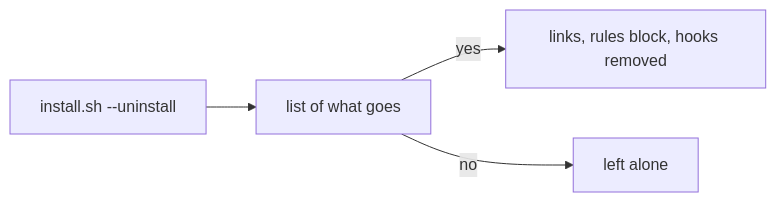
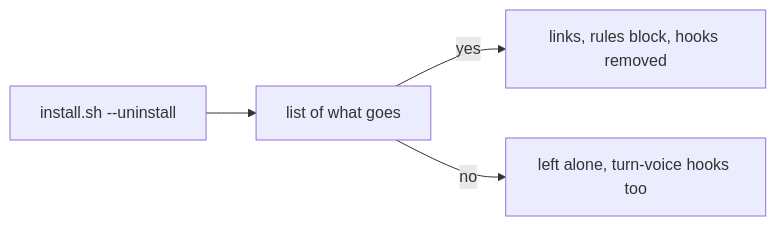
One commit to workbench-soft/agent-skills changed the seventh of 7 diagrams in docs/user-flows.md. Above: the diagram before and after it, drawn with Mermaid. The commit also changed 6 other files, not shown here.

First line of the commit message:
install: keep the global uv pin, and keep the hooks on a no at uninstall (#73)

````diff
--- a/docs/user-flows.md
+++ b/docs/user-flows.md
@@ -114,6 +114,6 @@
 ```mermaid
 flowchart LR
   un["install.sh --uninstall"] --> list["list of what goes"]
   list -->|yes| delete["links, rules block, hooks removed"]
-  list -->|no| keep["left alone"]
+  list -->|no| keep["left alone, turn-voice hooks too"]
 ```
````
